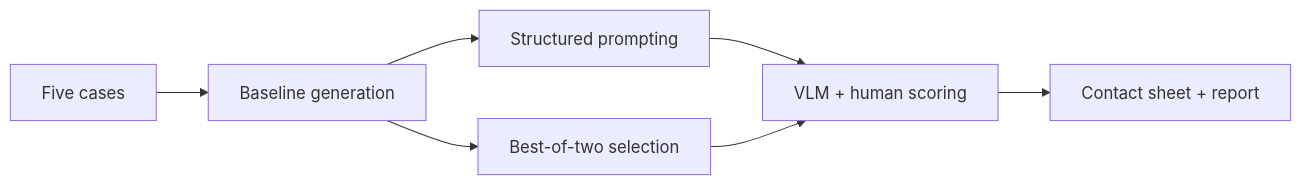
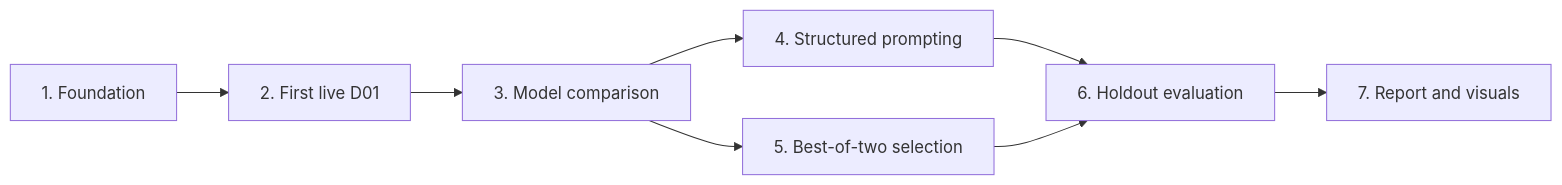
One commit to komaksym/weon-assignment changed the diagram in PLANS.md. Above: the diagram before and after it, drawn with Mermaid. The commit also changed other lines of this file, not shown here.

````diff
--- a/PLANS.md
+++ b/PLANS.md
@@ -5,9 +5,10 @@
 ```mermaid
 flowchart LR
-    A[Five cases] --> B[Baseline generation]
-    B --> C[Structured prompting]
-    B --> D[Best-of-two selection]
-    C --> E[VLM + human scoring]
-    D --> E
-    E --> F[Contact sheet + report]
+    S1[1. Foundation] --> S2[2. First live D01]
+    S2 --> S3[3. Model comparison]
+    S3 --> S4[4. Structured prompting]
+    S3 --> S5[5. Best-of-two selection]
+    S4 --> S6[6. Holdout evaluation]
+    S5 --> S6
+    S6 --> S7[7. Report and visuals]
 ```
````
